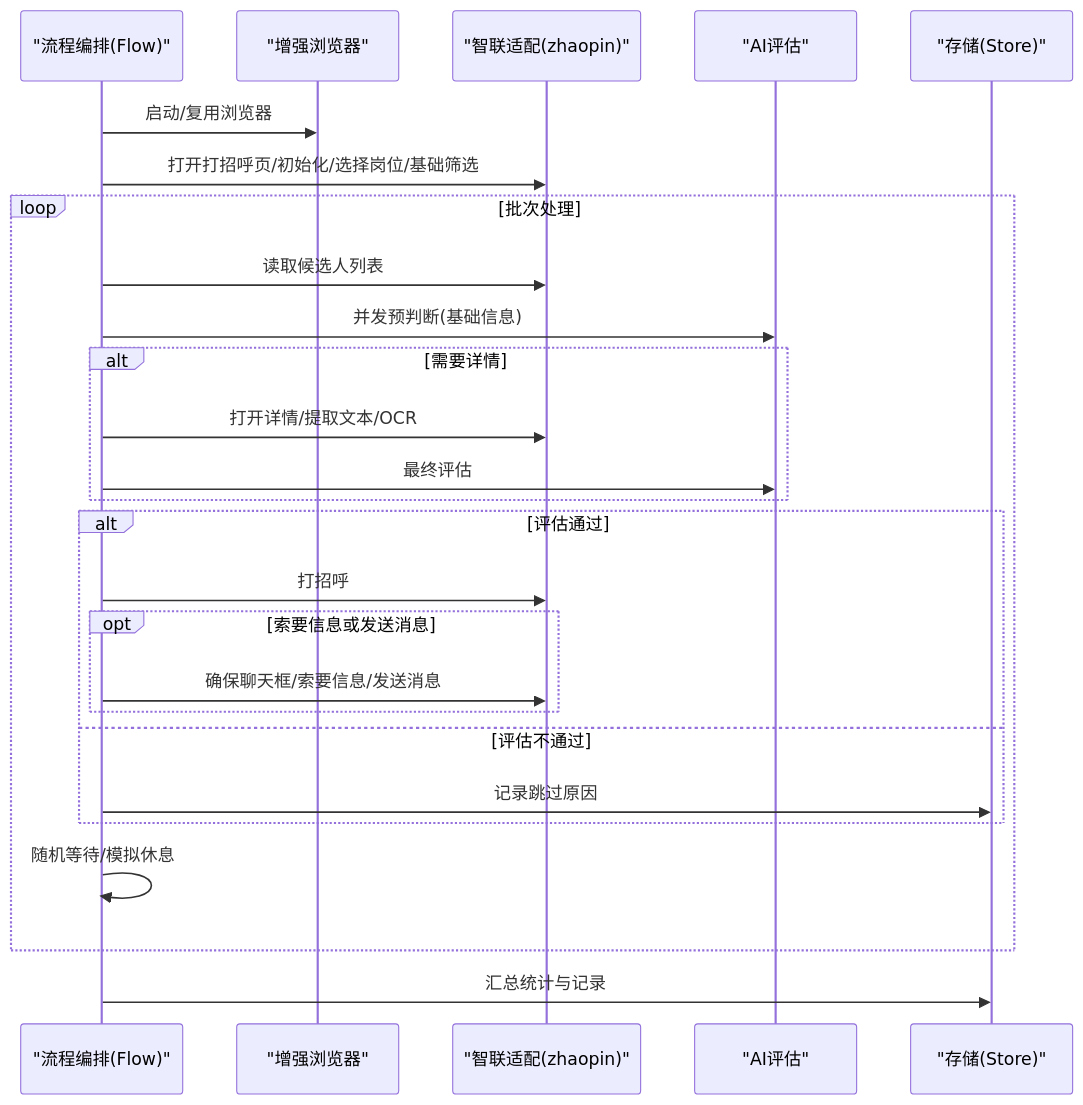
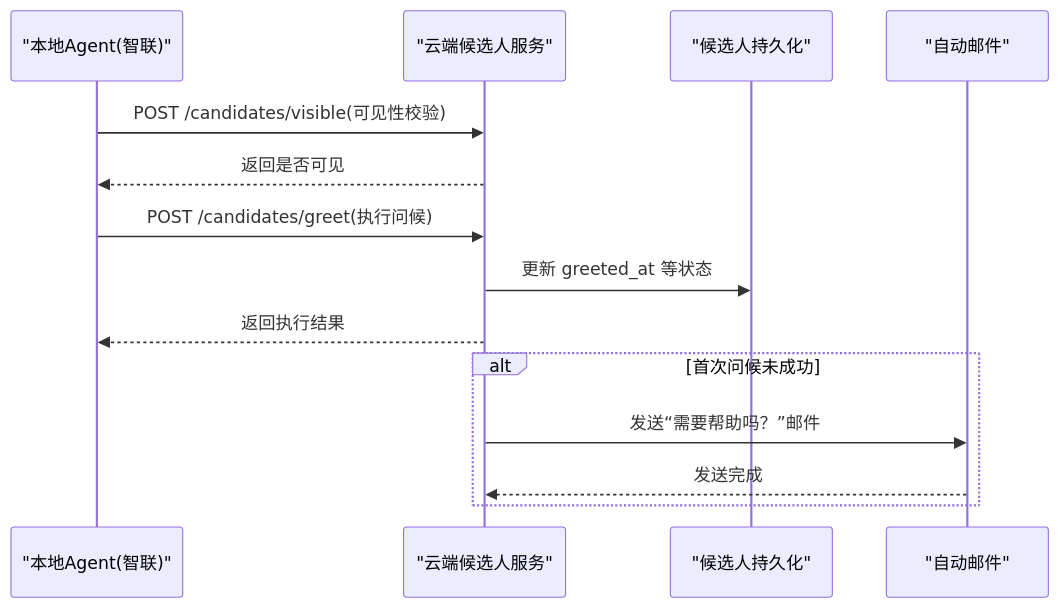
One commit to alvinwangzi/goodhr changed the second of 4 diagrams in .qoder/repowiki/zh/content/本地执行器/平台适配器/智联招聘适配器/自动问候.md. Above: the diagram before and after it, drawn with Mermaid. The commit also changed other lines of this file and 149 other files, not shown here.

````diff
--- a/.qoder/repowiki/zh/content/本地执行器/平台适配器/智联招聘适配器/自动问候.md
+++ b/.qoder/repowiki/zh/content/本地执行器/平台适配器/智联招聘适配器/自动问候.md
@@ -94,28 +86,16 @@
 ```mermaid
 sequenceDiagram
-participant Orchestrator as "流程编排(Flow)"
-participant Browser as "增强浏览器"
-participant Platform as "智联适配(zhaopin)"
-participant AI as "AI评估"
-participant Store as "存储(Store)"
-Orchestrator->>Browser : 启动/复用浏览器
-Orchestrator->>Platform : 打开打招呼页/初始化/选择岗位/基础筛选
-loop 批次处理
-Orchestrator->>Platform : 读取候选人列表
-Orchestrator->>AI : 并发预判断(基础信息)
-alt 需要详情
-Orchestrator->>Platform : 打开详情/提取文本/OCR
-Orchestrator->>AI : 最终评估
+participant Agent as "本地Agent(智联)"
+participant API as "云端候选人服务"
+participant DB as "候选人持久化"
+participant Mail as "自动邮件"
+Agent->>API : POST /candidates/visible(可见性校验)
+API-->>Agent : 返回是否可见
+Agent->>API : POST /candidates/greet(执行问候)
+API->>DB : 更新 greeted_at 等状态
+API-->>Agent : 返回执行结果
+alt 首次问候未成功
+API->>Mail : 发送“需要帮助吗？”邮件
+Mail-->>API : 发送完成
 end
-alt 评估通过
-Orchestrator->>Platform : 打招呼
-opt 索要信息或发送消息
-Orchestrator->>Platform : 确保聊天框/索要信息/发送消息
-end
-else 评估不通过
-Orchestrator->>Store : 记录跳过原因
-end
-Orchestrator->>Orchestrator : 随机等待/模拟休息
-end
-Orchestrator->>Store : 汇总统计与记录
 ```
````
